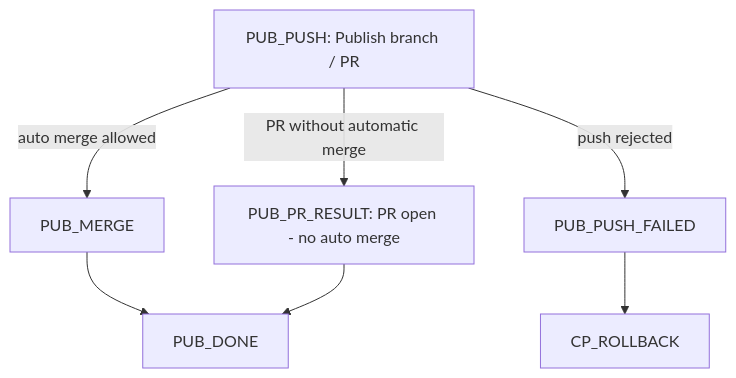
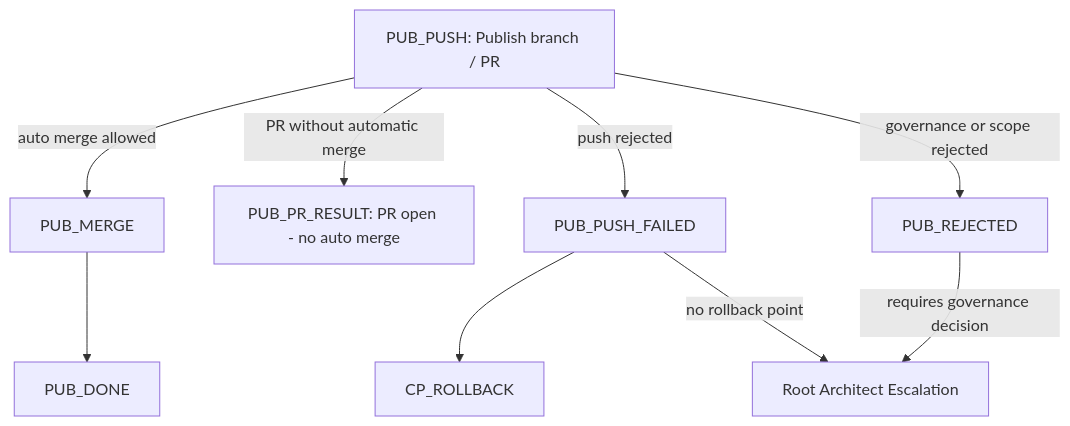
The third of 5 diagrams in docs/workflow/workflow.md (MatthiasBurger-Coder/forensic_analytics), drawn with Mermaid before and after one commit. The commit also changed other lines of this file and 8 other files, not shown here.

````diff
--- a/docs/workflow/workflow.md
+++ b/docs/workflow/workflow.md
@@ -464,9 +464,11 @@
 ```mermaid
 flowchart TD
     PUB_PUSH["PUB_PUSH: Publish branch / PR"] -->|auto merge allowed| PUB_MERGE["PUB_MERGE"]
     PUB_PUSH -->|PR without automatic merge| PUB_PR_RESULT["PUB_PR_RESULT: PR open - no auto merge"]
     PUB_PUSH -->|push rejected| PUB_PUSH_FAILED["PUB_PUSH_FAILED"]
+    PUB_PUSH -->|governance or scope rejected| PUB_REJECTED["PUB_REJECTED"]
     PUB_MERGE --> PUB_DONE["PUB_DONE"]
-    PUB_PR_RESULT --> PUB_DONE
     PUB_PUSH_FAILED --> CP_ROLLBACK["CP_ROLLBACK"]
+    PUB_PUSH_FAILED -->|no rollback point| RA["Root Architect Escalation"]
+    PUB_REJECTED -->|requires governance decision| RA
 ```
````
